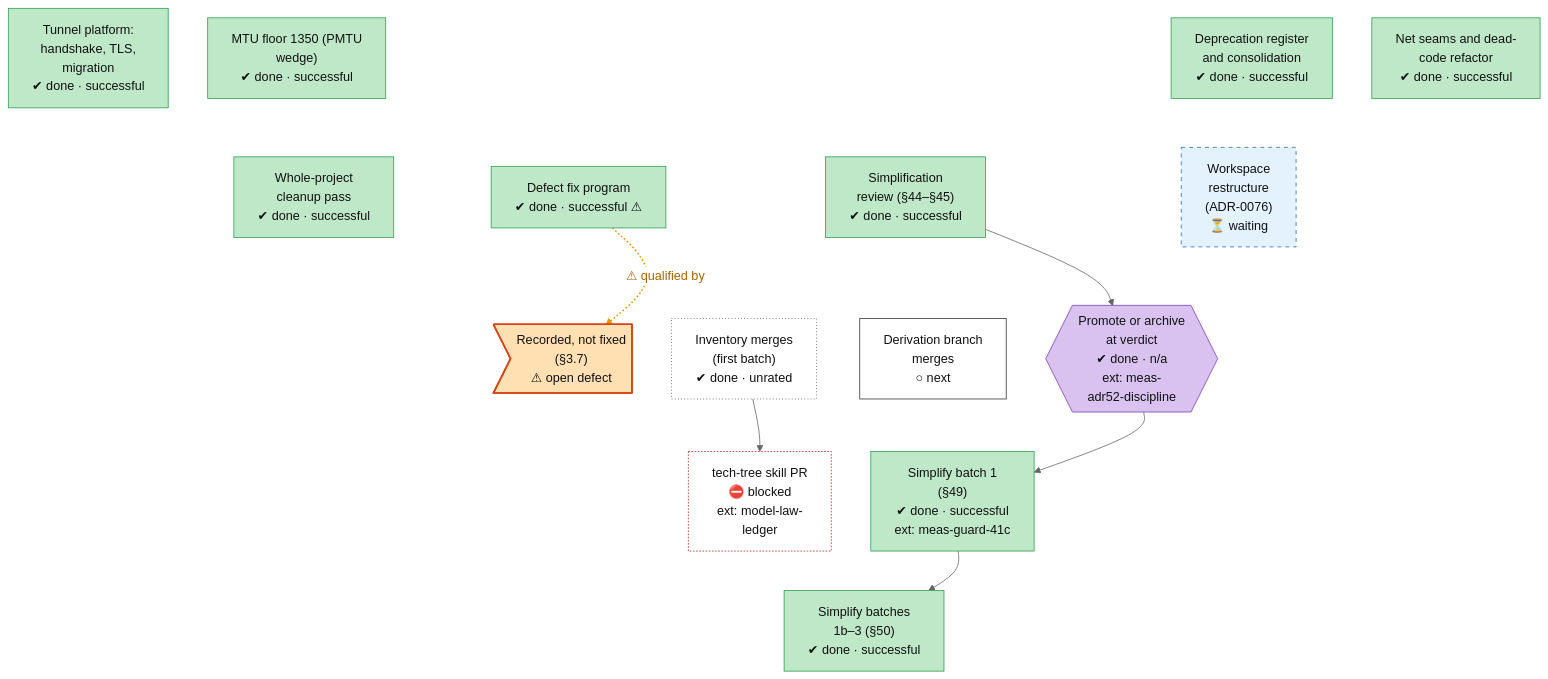
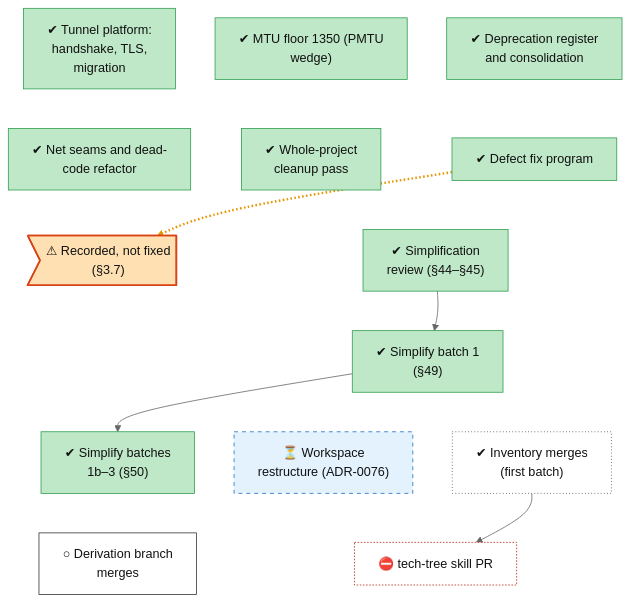
The diagram in docs/roadmap/tracks/infra.md (lhns/raptorpath), drawn with Mermaid (neutral theme) before and after one commit. The commit also changed 15 other files, not shown here.

Commit message:
roadmap: one direction (time) in every diagram, shorter labels, text legend, timeline on its own page, owner decisions kept out of diagrams

````diff
--- a/docs/roadmap/tracks/infra.md
+++ b/docs/roadmap/tracks/infra.md
@@ -10,68 +10,38 @@
 ```mermaid
 flowchart TB
-    infra_early_platform["Tunnel platform:<br/>handshake, TLS,<br/>migration<br/>✔ done · successful"]
-    infra_mtu_floor["MTU floor 1350 (PMTU<br/>wedge)<br/>✔ done · successful"]
-    infra_consolidation["Deprecation register<br/>and consolidation<br/>✔ done · successful"]
-    infra_net_seams["Net seams and dead-<br/>code refactor<br/>✔ done · successful"]
-    infra_cleanup_0927["Whole-project<br/>cleanup pass<br/>✔ done · successful"]
-    infra_fix_program["Defect fix program<br/>✔ done · successful ⚠"]
-    infra_simplify_review["Simplification<br/>review (#167;44–#167;45)<br/>✔ done · successful"]
-    infra_adr73{{"Promote or archive<br/>at verdict<br/>✔ done · n/a<br/>ext: meas-<br/>adr52-discipline"}}
-    infra_simplify_batch1["Simplify batch 1<br/>(#167;49)<br/>✔ done · successful<br/>ext: meas-guard-41c"]
-    infra_simplify_batch2["Simplify batches<br/>1b–3 (#167;50)<br/>✔ done · successful"]
-    infra_restructure["Workspace<br/>restructure<br/>(ADR-0076)<br/>⏳ waiting"]
-    infra_defect_recorded_not_fixed>"Recorded, not fixed<br/>(#167;3.7)<br/>⚠ open defect"]
-    infra_inventory_merges["Inventory merges<br/>(first batch)<br/>✔ done · unrated"]
-    infra_derivation_merges["Derivation branch<br/>merges<br/>○ next"]
-    infra_tech_tree_skill["tech-tree skill PR<br/>⛔ blocked<br/>ext: model-law-<br/>ledger"]
-    infra_early_platform ~~~ infra_cleanup_0927
-    infra_early_platform ~~~ infra_fix_program
-    infra_early_platform ~~~ infra_simplify_review
-    infra_early_platform ~~~ infra_restructure
+    infra_early_platform["✔ Tunnel platform:<br/>handshake, TLS,<br/>migration"]
+    infra_mtu_floor["✔ MTU floor 1350 (PMTU<br/>wedge)"]
+    infra_consolidation["✔ Deprecation register<br/>and consolidation"]
+    infra_net_seams["✔ Net seams and dead-<br/>code refactor"]
+    infra_cleanup_0927["✔ Whole-project<br/>cleanup pass"]
+    infra_fix_program["✔ Defect fix program"]
+    infra_defect_recorded_not_fixed>"⚠ Recorded, not fixed<br/>(#167;3.7)"]
+    infra_simplify_review["✔ Simplification<br/>review (#167;44–#167;45)"]
+    infra_simplify_batch1["✔ Simplify batch 1<br/>(#167;49)"]
+    infra_simplify_batch2["✔ Simplify batches<br/>1b–3 (#167;50)"]
+    infra_restructure["⏳ Workspace<br/>restructure (ADR-0076)"]
+    infra_inventory_merges["✔ Inventory merges<br/>(first batch)"]
+    infra_derivation_merges["○ Derivation branch<br/>merges"]
+    infra_tech_tree_skill["⛔ tech-tree skill PR"]
+    infra_early_platform ~~~ infra_net_seams
     infra_mtu_floor ~~~ infra_cleanup_0927
-    infra_mtu_floor ~~~ infra_fix_program
-    infra_mtu_floor ~~~ infra_simplify_review
-    infra_mtu_floor ~~~ infra_restructure
-    infra_consolidation ~~~ infra_cleanup_0927
     infra_consolidation ~~~ infra_fix_program
-    infra_consolidation ~~~ infra_simplify_review
-    infra_consolidation ~~~ infra_restructure
-    infra_net_seams ~~~ infra_cleanup_0927
-    infra_net_seams ~~~ infra_fix_program
-    infra_net_seams ~~~ infra_simplify_review
-    infra_net_seams ~~~ infra_restructure
-    infra_cleanup_0927 ~~~ infra_defect_recorded_not_fixed
-    infra_cleanup_0927 ~~~ infra_inventory_merges
-    infra_cleanup_0927 ~~~ infra_derivation_merges
-    infra_cleanup_0927 ~~~ infra_adr73
-    infra_fix_program ~~~ infra_defect_recorded_not_fixed
-    infra_fix_program ~~~ infra_inventory_merges
-    infra_fix_program ~~~ infra_derivation_merges
-    infra_fix_program ~~~ infra_adr73
-    infra_simplify_review ~~~ infra_defect_recorded_not_fixed
-    infra_simplify_review ~~~ infra_inventory_merges
-    infra_simplify_review ~~~ infra_derivation_merges
-    infra_simplify_review ~~~ infra_adr73
-    infra_restructure ~~~ infra_defect_recorded_not_fixed
-    infra_restructure ~~~ infra_inventory_merges
-    infra_restructure ~~~ infra_derivation_merges
-    infra_restructure ~~~ infra_adr73
-    infra_defect_recorded_not_fixed ~~~ infra_tech_tree_skill
+    infra_net_seams ~~~ infra_defect_recorded_not_fixed
+    infra_cleanup_0927 ~~~ infra_simplify_review
+    infra_fix_program ~~~ infra_simplify_review
     infra_defect_recorded_not_fixed ~~~ infra_simplify_batch1
+    infra_simplify_review ~~~ infra_simplify_batch1
+    infra_simplify_batch1 ~~~ infra_simplify_batch2
+    infra_simplify_batch1 ~~~ infra_restructure
+    infra_simplify_batch1 ~~~ infra_inventory_merges
+    infra_simplify_batch2 ~~~ infra_derivation_merges
+    infra_restructure ~~~ infra_tech_tree_skill
     infra_inventory_merges ~~~ infra_tech_tree_skill
-    infra_inventory_merges ~~~ infra_simplify_batch1
-    infra_derivation_merges ~~~ infra_tech_tree_skill
-    infra_derivation_merges ~~~ infra_simplify_batch1
-    infra_adr73 ~~~ infra_tech_tree_skill
-    infra_adr73 ~~~ infra_simplify_batch1
-    infra_tech_tree_skill ~~~ infra_simplify_batch2
-    infra_simplify_batch1 ~~~ infra_simplify_batch2
-    infra_fix_program -.->|⚠ qualified by| infra_defect_recorded_not_fixed
-    infra_simplify_review --> infra_adr73
-    infra_adr73 --> infra_simplify_batch1
+    infra_fix_program -.-> infra_defect_recorded_not_fixed
+    infra_simplify_review --> infra_simplify_batch1
     infra_simplify_batch1 --> infra_simplify_batch2
     infra_inventory_merges --> infra_tech_tree_skill
-    linkStyle 42 stroke:#e69500,stroke-width:2px,stroke-dasharray:2 3,color:#a86400
+    linkStyle 14 stroke:#e69500,stroke-width:3px,stroke-dasharray:2 3
     classDef vsucc fill:#2e9e4f,stroke:#1b6b34,color:#fff
     classDef succ fill:#bfe8c8,stroke:#2e9e4f,color:#111
     classDef mixed fill:#ffd37a,stroke:#c98a00,color:#111
@@ -86,9 +56,8 @@
     classDef defect fill:#ffe0b2,stroke:#d84315,stroke-width:2px,color:#111
     classDef waiting fill:#e3f2fd,stroke:#1f6fc5,stroke-dasharray:5 5,color:#111
     class infra_early_platform,infra_mtu_floor,infra_consolidation,infra_net_seams,infra_cleanup_0927,infra_fix_program,infra_simplify_review,infra_simplify_batch1,infra_simplify_batch2 succ
-    class infra_adr73 userdec
+    class infra_defect_recorded_not_fixed defect
     class infra_restructure waiting
-    class infra_defect_recorded_not_fixed defect
     class infra_inventory_merges unrated
     class infra_derivation_merges next
     class infra_tech_tree_skill blocked
````
